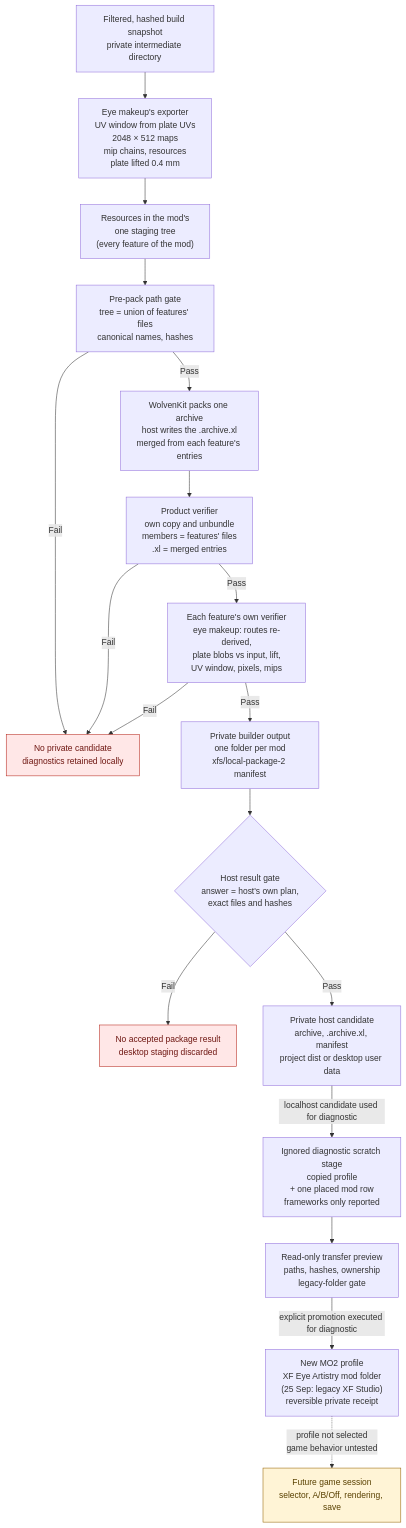
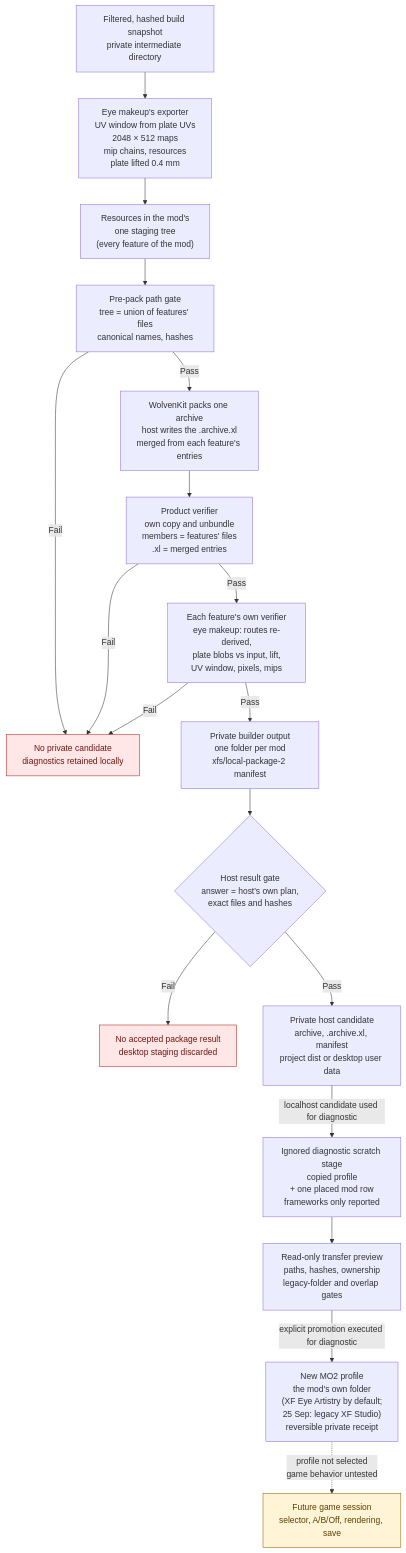
Before and after one commit to axefrog/xf-studio: the second of 3 diagrams in research/authoring/studio-to-mod-pipeline.md, drawn with Mermaid. The commit also changed other lines of this file and 3 other files, not shown here.

Commit message:
Cleanup batch 2 records: ledger (Fixed in claude/cleanup-batch2), prefetch knowledge, pipeline diagram labels and visual review, changelog

````diff
--- a/research/authoring/studio-to-mod-pipeline.md
+++ b/research/authoring/studio-to-mod-pipeline.md
@@ -52,25 +52,25 @@
 ```mermaid
 flowchart TB
   snapshot["Filtered, hashed build snapshot<br/>private intermediate directory"] --> bake["Eye makeup's exporter<br/>UV window from plate UVs<br/>2048 × 512 maps<br/>mip chains, resources<br/>plate lifted 0.4 mm"]
   bake --> resources["Resources in the mod's<br/>one staging tree<br/>(every feature of the mod)"]
   resources --> gate["Pre-pack path gate<br/>tree = union of features' files<br/>canonical names, hashes"]
   gate -- Fail --> stop
   gate -- Pass --> pack["WolvenKit packs one archive<br/>host writes the .archive.xl<br/>merged from each feature's entries"]
   pack --> productVerifier["Product verifier<br/>own copy and unbundle<br/>members = features' files<br/>.xl = merged entries"]
   productVerifier -- Fail --> stop
   productVerifier -- Pass --> verifier["Each feature's own verifier<br/>eye makeup: routes re-derived,<br/>plate blobs vs input, lift,<br/>UV window, pixels, mips"]
   verifier -- Fail --> stop["No private candidate<br/>diagnostics retained locally"]
   verifier -- Pass --> dist["Private builder output<br/>one folder per mod<br/>xfs/local-package-2 manifest"]
   dist --> resultGate{"Host result gate<br/>answer = host's own plan,<br/>exact files and hashes"}
   resultGate -- Fail --> unaccepted["No accepted package result<br/>desktop staging discarded"]
   resultGate -- Pass --> candidate["Private host candidate<br/>archive, .archive.xl, manifest<br/>project dist or desktop user data"]
   candidate -- "localhost candidate used for diagnostic" --> scratch["Ignored diagnostic scratch stage<br/>copied profile<br/>+ one placed mod row<br/>frameworks only reported"]
-  scratch --> preview["Read-only transfer preview<br/>paths, hashes, ownership<br/>legacy-folder gate"]
-  preview -- "explicit promotion executed for diagnostic" --> mo2["New MO2 profile<br/>XF Eye Artistry mod folder<br/>(25 Sep: legacy XF Studio)<br/>reversible private receipt"]
+  scratch --> preview["Read-only transfer preview<br/>paths, hashes, ownership<br/>legacy-folder and overlap gates"]
+  preview -- "explicit promotion executed for diagnostic" --> mo2["New MO2 profile<br/>the mod's own folder<br/>(XF Eye Artistry by default;<br/>25 Sep: legacy XF Studio)<br/>reversible private receipt"]
   mo2 -. "profile not selected<br/>game behavior untested" .-> runtime["Future game session<br/>selector, A/B/Off, rendering, save"]
 
   classDef blocked fill:#ffe7e7,stroke:#b42318,color:#6e1611;
   classDef pending fill:#fff4d6,stroke:#946200,color:#594000;
   class stop,unaccepted blocked;
   class runtime pending;
 ```
````
